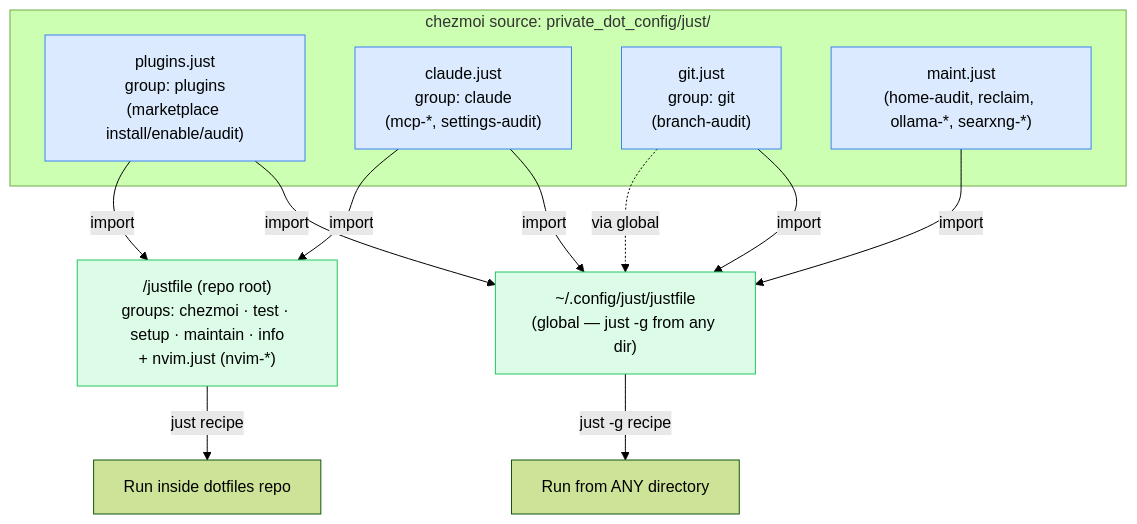
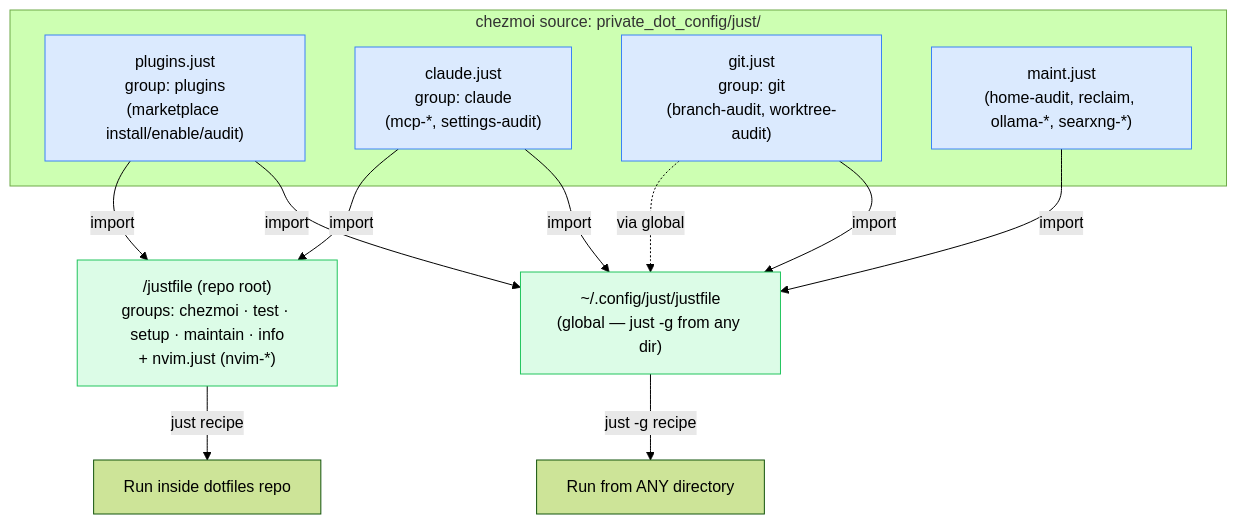
One commit to laurigates/dotfiles changed the first of 2 diagrams in docs/justfile-architecture.md. Above: the diagram before and after it, drawn with Mermaid (forest theme). The commit also changed other lines of this file and 3 other files, not shown here.

````diff
--- a/docs/justfile-architecture.md
+++ b/docs/justfile-architecture.md
@@ -21,28 +21,28 @@
 ```mermaid
 flowchart TD
     subgraph src["chezmoi source: private_dot_config/just/"]
         plugins["plugins.just<br/>group: plugins<br/>(marketplace install/enable/audit)"]
         claude["claude.just<br/>group: claude<br/>(mcp-*, settings-audit)"]
-        git["git.just<br/>group: git<br/>(branch-audit)"]
+        git["git.just<br/>group: git<br/>(branch-audit, worktree-audit)"]
         maint["maint.just<br/>(home-audit, reclaim, ollama-*, searxng-*)"]
     end
 
     root["/justfile (repo root)<br/>groups: chezmoi · test · setup · maintain · info<br/>+ nvim.just (nvim-*)"]
     global["~/.config/just/justfile<br/>(global — just -g from any dir)"]
 
     plugins -->|import| root
     claude  -->|import| root
     git -.->|via global| global
     plugins -->|import| global
     claude  -->|import| global
     git     -->|import| global
     maint   -->|import| global
 
     root -->|"just recipe"| dev["Run inside dotfiles repo"]
     global -->|"just -g recipe"| any["Run from ANY directory"]
 
     classDef mod fill:#dbeafe,stroke:#3b82f6;
     classDef entry fill:#dcfce7,stroke:#22c55e;
     class plugins,claude,git,maint mod;
     class root,global entry;
 ```
````
